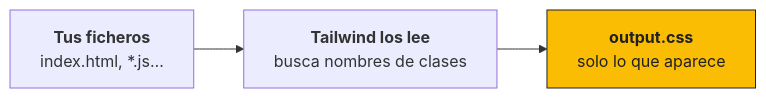
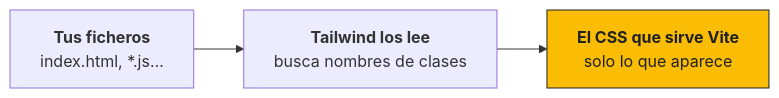
The fourth of 5 diagrams in docs/unidades/ud05.md (jmfiorisies/diw), drawn with Mermaid before and after one commit. The commit also changed other lines of this file and 10 other files, not shown here.

````diff
--- a/docs/unidades/ud05.md
+++ b/docs/unidades/ud05.md
@@ -434,5 +1034,5 @@
 ```mermaid
 flowchart LR
-    A["<b>Tus ficheros</b><br/>index.html, *.js…"] --> B["<b>Tailwind los lee</b><br/>busca nombres de clases"] --> C["<b>output.css</b><br/>solo lo que aparece"]
+    A["<b>Tus ficheros</b><br/>index.html, *.js…"] --> B["<b>Tailwind los lee</b><br/>busca nombres de clases"] --> C["<b>El CSS que sirve Vite</b><br/>solo lo que aparece"]
     style C fill:#FBBC04,stroke:#202124,color:#202124
 ```
````
